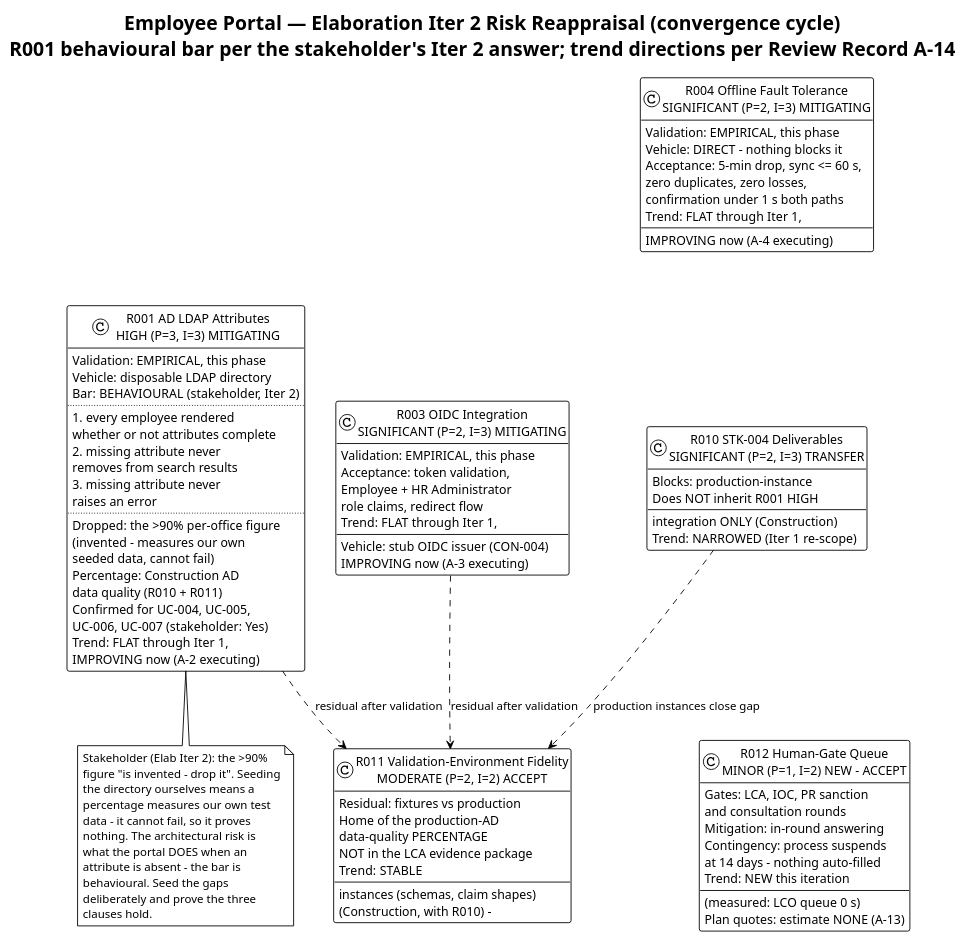
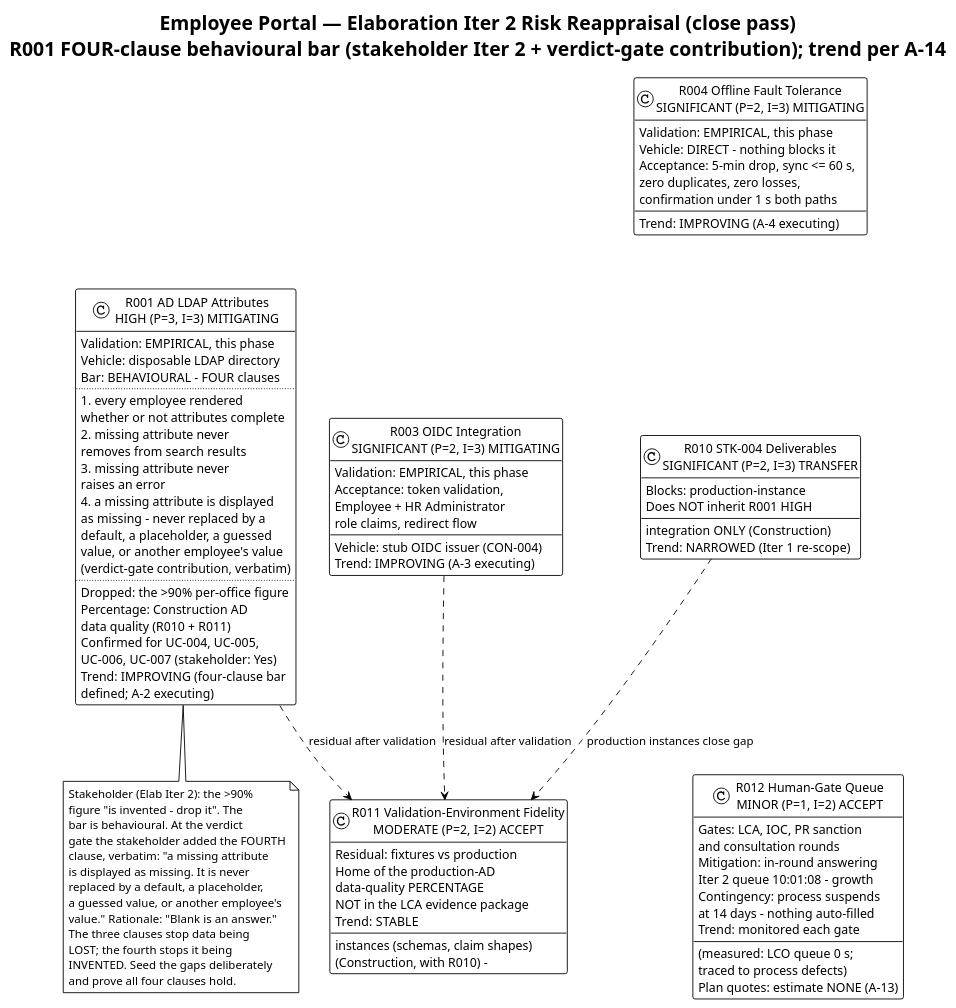
The second of 2 diagrams in docs/artifacts/project-management/risk-list.md (banense-test/employee-portal), drawn with PlantUML before and after one commit. The commit also changed other lines of this file, not shown here.

Commit message:
Project Manager [E2]: upsert Risk List
[skip ci]

````diff
--- a/docs/artifacts/project-management/risk-list.md
+++ b/docs/artifacts/project-management/risk-list.md
@@ -143,12 +142,12 @@
 ```plantuml
 @startuml
 !theme plain
-title Employee Portal — Elaboration Iter 2 Risk Reappraisal (convergence cycle)\nR001 behavioural bar per the stakeholder's Iter 2 answer; trend directions per Review Record A-14
+title Employee Portal — Elaboration Iter 2 Risk Reappraisal (close pass)\nR001 FOUR-clause behavioural bar (stakeholder Iter 2 + verdict-gate contribution); trend per A-14
 
 class "R001 AD LDAP Attributes\nHIGH (P=3, I=3) MITIGATING" as R001 {
   Validation: EMPIRICAL, this phase
   Vehicle: disposable LDAP directory
-  Bar: BEHAVIOURAL (stakeholder, Iter 2)
+  Bar: BEHAVIOURAL - FOUR clauses
   ..
   1. every employee rendered
      whether or not attributes complete
@@ -156,16 +155,19 @@
      removes from search results
   3. missing attribute never
      raises an error
+  4. a missing attribute is displayed
+     as missing - never replaced by a
+     default, a placeholder, a guessed
+     value, or another employee's value
+     (verdict-gate contribution, verbatim)
   ..
   Dropped: the >90% per-office figure
-  (invented - measures our own
-  seeded data, cannot fail)
   Percentage: Construction AD
   data quality (R010 + R011)
   Confirmed for UC-004, UC-005,
   UC-006, UC-007 (stakeholder: Yes)
-  Trend: FLAT through Iter 1,
-  IMPROVING now (A-2 executing)
+  Trend: IMPROVING (four-clause bar
+  defined; A-2 executing)
 }
 
 class "R003 OIDC Integration\nSIGNIFICANT (P=2, I=3) MITIGATING" as R003 {
@@ -174,8 +176,7 @@
   Acceptance: token validation,
   Employee + HR Administrator
   role claims, redirect flow
-  Trend: FLAT through Iter 1,
-  IMPROVING now (A-3 executing)
+  Trend: IMPROVING (A-3 executing)
 }
 
 class "R004 Offline Fault Tolerance\nSIGNIFICANT (P=2, I=3) MITIGATING" as R004 {
@@ -184,8 +185,7 @@
   Acceptance: 5-min drop, sync <= 60 s,
   zero duplicates, zero losses,
   confirmation under 1 s both paths
-  Trend: FLAT through Iter 1,
-  IMPROVING now (A-4 executing)
+  Trend: IMPROVING (A-4 executing)
 }
 
 class "R010 STK-004 Deliverables\nSIGNIFICANT (P=2, I=3) TRANSFER" as R010 {
@@ -205,15 +205,17 @@
   Trend: STABLE
 }
 
-class "R012 Human-Gate Queue\nMINOR (P=1, I=2) NEW - ACCEPT" as R012 {
+class "R012 Human-Gate Queue\nMINOR (P=1, I=2) ACCEPT" as R012 {
   Gates: LCA, IOC, PR sanction
   and consultation rounds
   Mitigation: in-round answering
-  (measured: LCO queue 0 s)
+  (measured: LCO queue 0 s;
+  Iter 2 queue 10:01:08 - growth
+  traced to process defects)
   Contingency: process suspends
   at 14 days - nothing auto-filled
   Plan quotes: estimate NONE (A-13)
-  Trend: NEW this iteration
+  Trend: monitored each gate
 }
 
 R001 ..> R011 : residual after validation
@@ -224,16 +226,18 @@
 
 note bottom of R001
   Stakeholder (Elab Iter 2): the >90%
-  figure "is invented - drop it". Seeding
-  the directory ourselves means a
-  percentage measures our own test
-  data - it cannot fail, so it proves
-  nothing. The architectural risk is
-  what the portal DOES when an
-  attribute is absent - the bar is
-  behavioural. Seed the gaps
-  deliberately and prove the three
-  clauses hold.
+  figure "is invented - drop it". The
+  bar is behavioural. At the verdict
+  gate the stakeholder added the FOURTH
+  clause, verbatim: "a missing attribute
+  is displayed as missing. It is never
+  replaced by a default, a placeholder,
+  a guessed value, or another employee's
+  value." Rationale: "Blank is an answer."
+  The three clauses stop data being
+  LOST; the fourth stops it being
+  INVENTED. Seed the gaps deliberately
+  and prove all four clauses hold.
 end note
 @enduml
 ```
````
